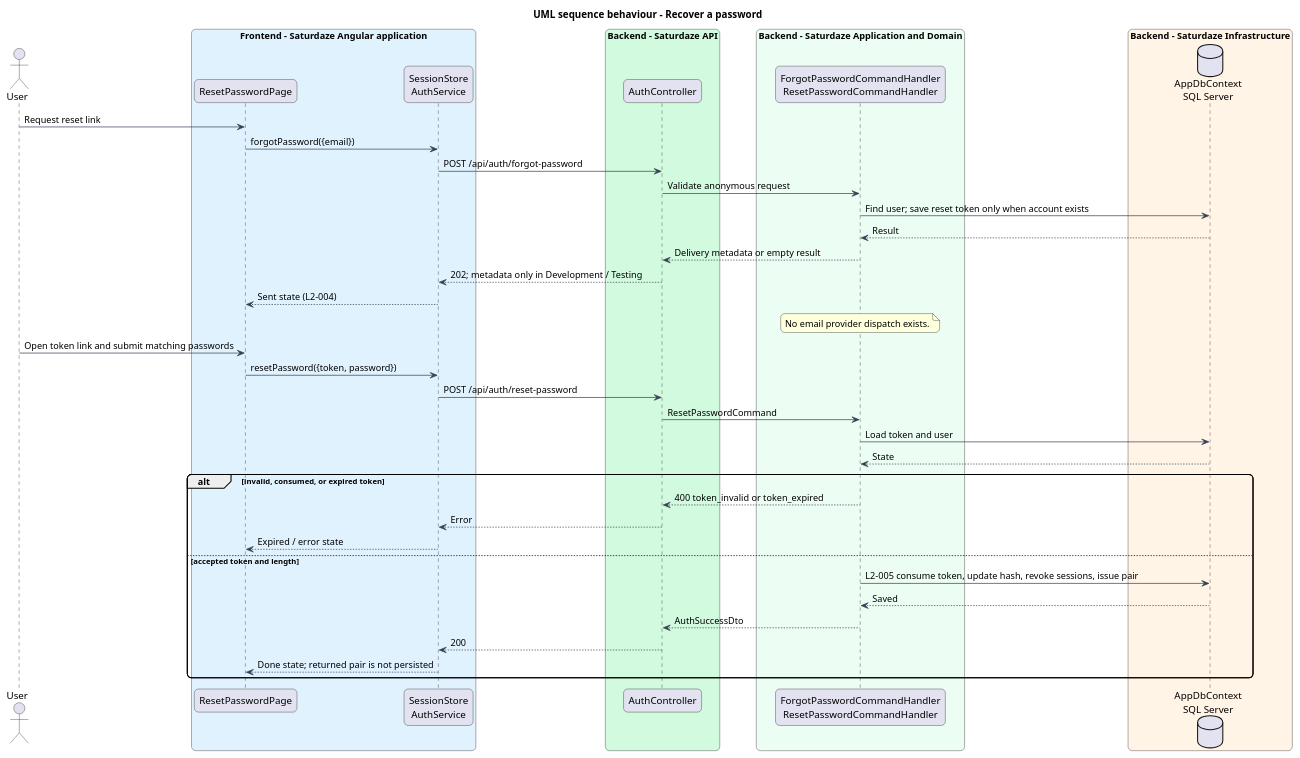
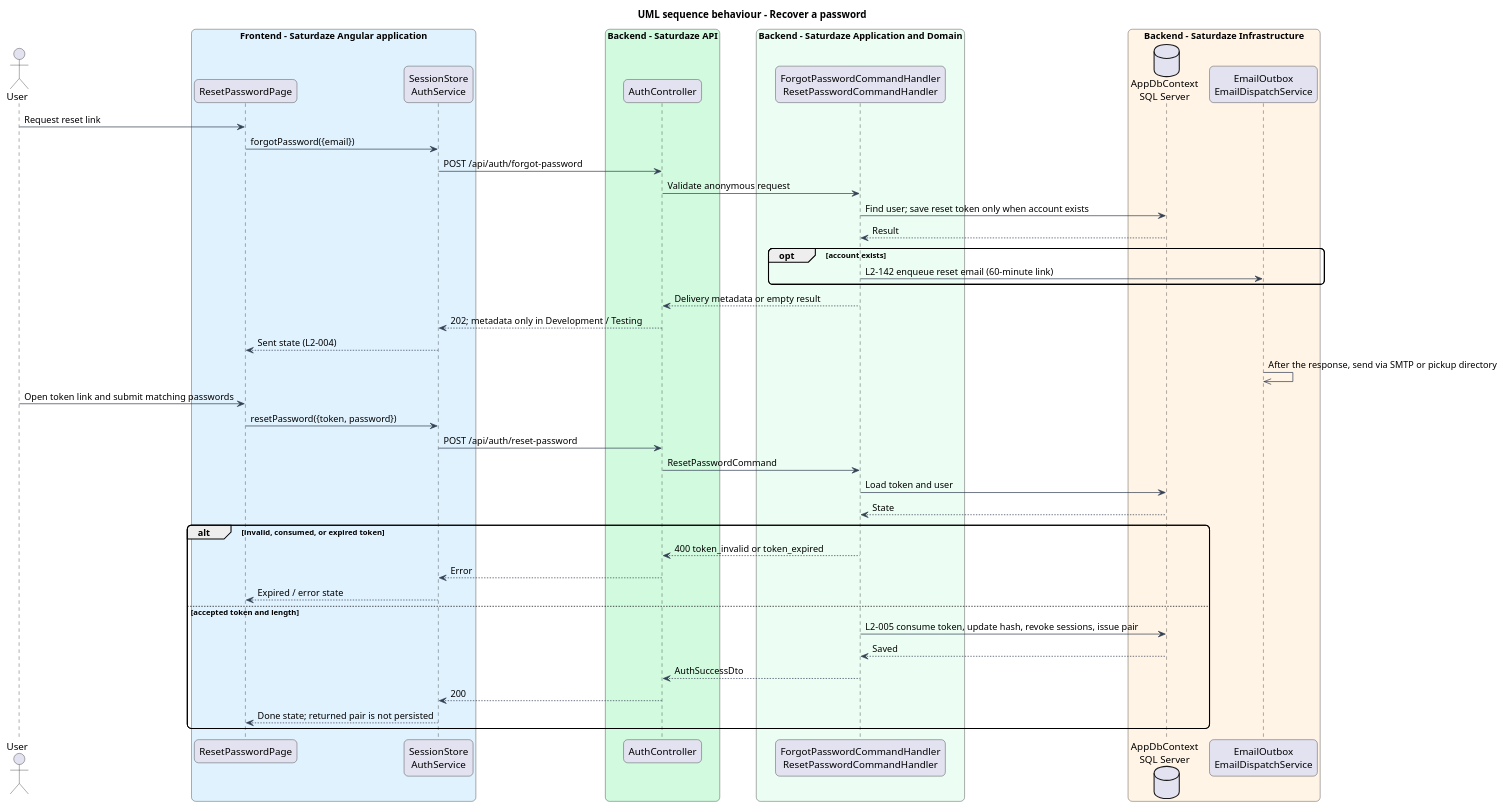
One commit to QuinntyneBrown/saturdaze changed the diagram in docs/detailed-designs/identity-and-access/recover-password/diagrams/sequence-recover-password.puml. Above: the diagram before and after it, drawn with PlantUML. The commit also changed 28 other files, not shown here.

First line of the commit message:
Email verification and reset links to the account holder (L2-142)

```diff
--- a/docs/detailed-designs/identity-and-access/recover-password/diagrams/sequence-recover-password.puml
+++ b/docs/detailed-designs/identity-and-access/recover-password/diagrams/sequence-recover-password.puml
@@ -1,51 +1,53 @@
 @startuml
 title UML sequence behaviour - Recover a password
 skinparam backgroundColor #FFFFFF
 skinparam shadowing false
 skinparam roundcorner 12
 skinparam defaultFontName Arial
 skinparam ArrowColor #344054
 actor "User" as actor
 box "Frontend - Saturdaze Angular application" #E0F2FE
  participant "ResetPasswordPage" as page
  participant "SessionStore\nAuthService" as client
 end box
 box "Backend - Saturdaze API" #D1FADF
  participant "AuthController" as controller
 end box
 box "Backend - Saturdaze Application and Domain" #ECFDF3
  participant "ForgotPasswordCommandHandler\nResetPasswordCommandHandler" as handler
 end box
 box "Backend - Saturdaze Infrastructure" #FFF4E5
  database "AppDbContext\nSQL Server" as db
+ participant "EmailOutbox\nEmailDispatchService" as mail
 end box
 actor -> page : Request reset link
 page -> client : forgotPassword({email})
 client -> controller : POST /api/auth/forgot-password
 controller -> handler : Validate anonymous request
 handler -> db : Find user; save reset token only when account exists
 db --> handler : Result
+opt account exists
+handler -> mail : L2-142 enqueue reset email (60-minute link)
+end
 handler --> controller : Delivery metadata or empty result
 controller --> client : 202; metadata only in Development / Testing
 client --> page : Sent state (L2-004)
-note over handler
-No email provider dispatch exists.
-end note
+mail ->> mail : After the response, send via SMTP or pickup directory
 actor -> page : Open token link and submit matching passwords
 page -> client : resetPassword({token, password})
 client -> controller : POST /api/auth/reset-password
 controller -> handler : ResetPasswordCommand
 handler -> db : Load token and user
 db --> handler : State
 alt invalid, consumed, or expired token
 handler --> controller : 400 token_invalid or token_expired
 controller --> client : Error
 client --> page : Expired / error state
 else accepted token and length
 handler -> db : L2-005 consume token, update hash, revoke sessions, issue pair
 db --> handler : Saved
 handler --> controller : AuthSuccessDto
 controller --> client : 200
 client --> page : Done state; returned pair is not persisted
 end
 @enduml
```
